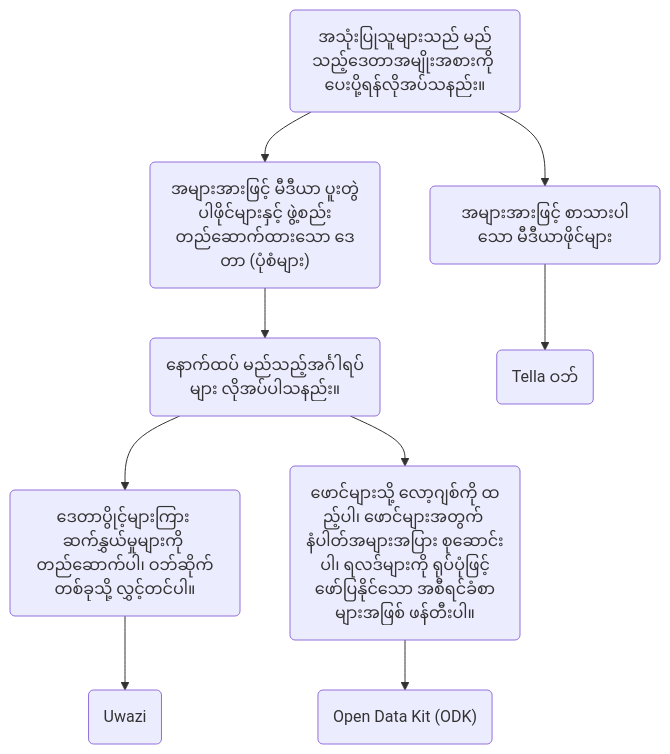
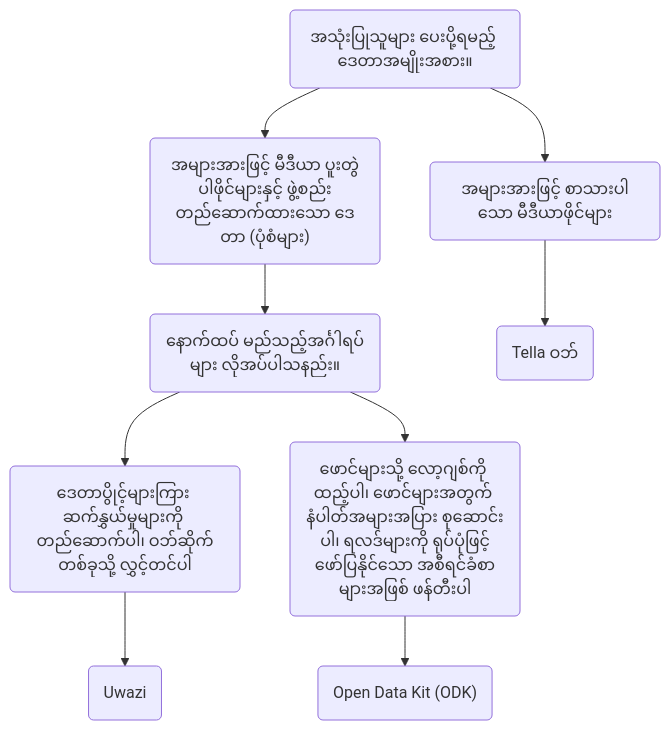
Before and after one commit to Horizontal-org/Tella-website: the diagram in i18n/my/docusaurus-plugin-content-docs/current/For organizations/overview.md, drawn with Mermaid. The commit also changed other lines of this file and 21 other files, not shown here.

````diff
--- a/i18n/my/docusaurus-plugin-content-docs/current/For organizations/overview.md
+++ b/i18n/my/docusaurus-plugin-content-docs/current/For organizations/overview.md
@@ -27,11 +27,11 @@
 ```mermaid
 graph TD;
- id1(အသုံးပြုသူများသည် မည်သည့်ဒေတာအမျိုးအစားကို ပေးပို့ရန်လိုအပ်သနည်း။) --> id2("အများအားဖြင့် မီဒီယာ ပူးတွဲပါဖိုင်များနှင့် ဖွဲ့စည်းတည်ဆောက်ထားသော ဒေတာ (ပုံစံများ)");
-id1 --> id3("အများအားဖြင့် စာသားပါသော မီဒီယာဖိုင်များ") ;
-id2 --> id4("နောက်ထပ် မည်သည့်အင်္ဂါရပ်များ လိုအပ်ပါသနည်း။");
-id3 --> id5("Tella ဝဘ်");
-id4 --> id6("ဒေတာပွိုင့်များကြား ဆက်နွှယ်မှုများကို တည်ဆောက်ပါ၊ ဝဘ်ဆိုက်တစ်ခုသို့ လွှင့်တင်ပါ။")
-id4 --> id7("ဖောင်များသို့ လော့ဂျစ်ကို ထည့်ပါ၊ ဖောင်များအတွက် နံပါတ်အများအပြား စုဆောင်းပါ၊ ရလဒ်များကို ရုပ်ပုံဖြင့်ဖော်ပြနိုင်သော အစီရင်ခံစာများအဖြစ် ဖန်တီးပါ။")
-id6 --> id8("Uwazi")
-id7 --> id9("Open Data Kit (ODK)")
+    id1(အသုံးပြုသူများ ပေးပို့ရမည့် ဒေတာအမျိုးအစား။) --> id2("အများအားဖြင့် မီဒီယာ ပူးတွဲပါဖိုင်များနှင့် ဖွဲ့စည်းတည်ဆောက်ထားသော ဒေတာ (ပုံစံများ)");
+    id1 --> id3("အများအားဖြင့် စာသားပါသော မီဒီယာဖိုင်များ") ;
+    id2 --> id4("နောက်ထပ် မည်သည့်အင်္ဂါရပ်များ လိုအပ်ပါသနည်း။");
+    id3 --> id5("Tella ဝဘ်");
+    id4 --> id6("ဒေတာပွိုင့်များကြား ဆက်နွှယ်မှုများကို တည်ဆောက်ပါ၊ ဝဘ်ဆိုက်တစ်ခုသို့ လွှင့်တင်ပါ")
+    id4 --> id7("ဖောင်များသို့ လော့ဂျစ်ကို ထည့်ပါ၊ ဖောင်များအတွက် နံပါတ်အများအပြား စုဆောင်းပါ၊ ရလဒ်များကို ရုပ်ပုံဖြင့်ဖော်ပြနိုင်သော အစီရင်ခံစာများအဖြစ် ဖန်တီးပါ")
+    id6 --> id8("Uwazi")
+    id7 --> id9("Open Data Kit (ODK)")
 ```
````
